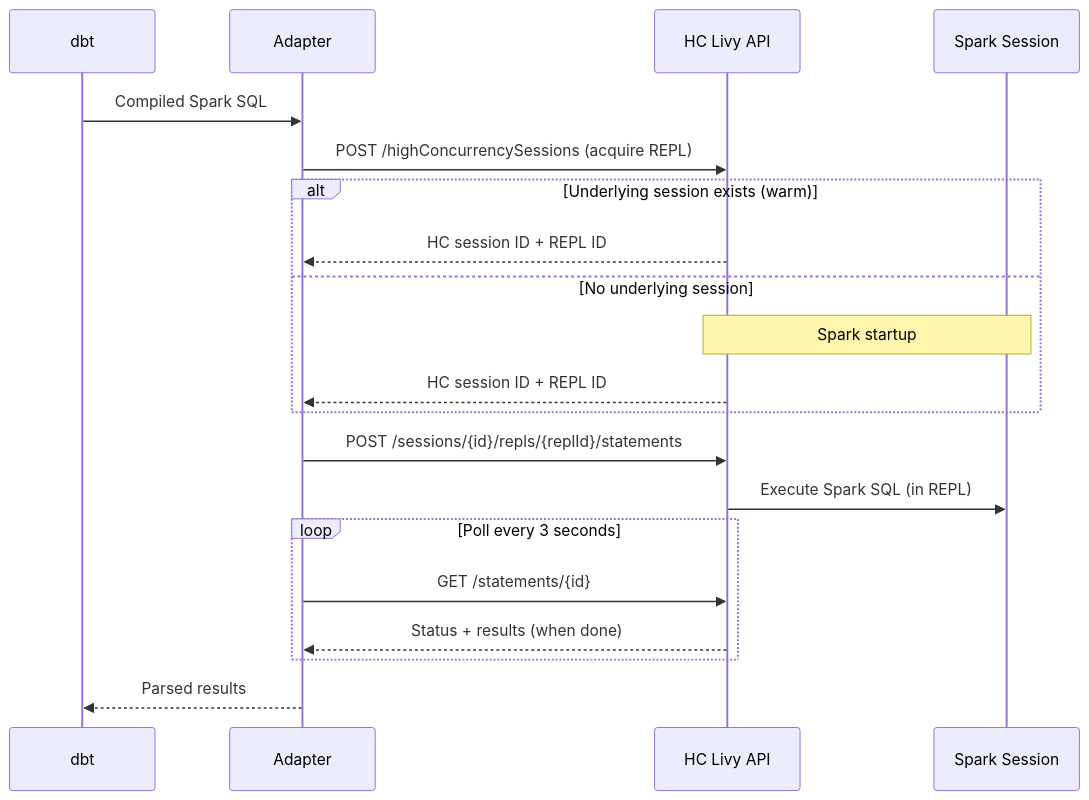
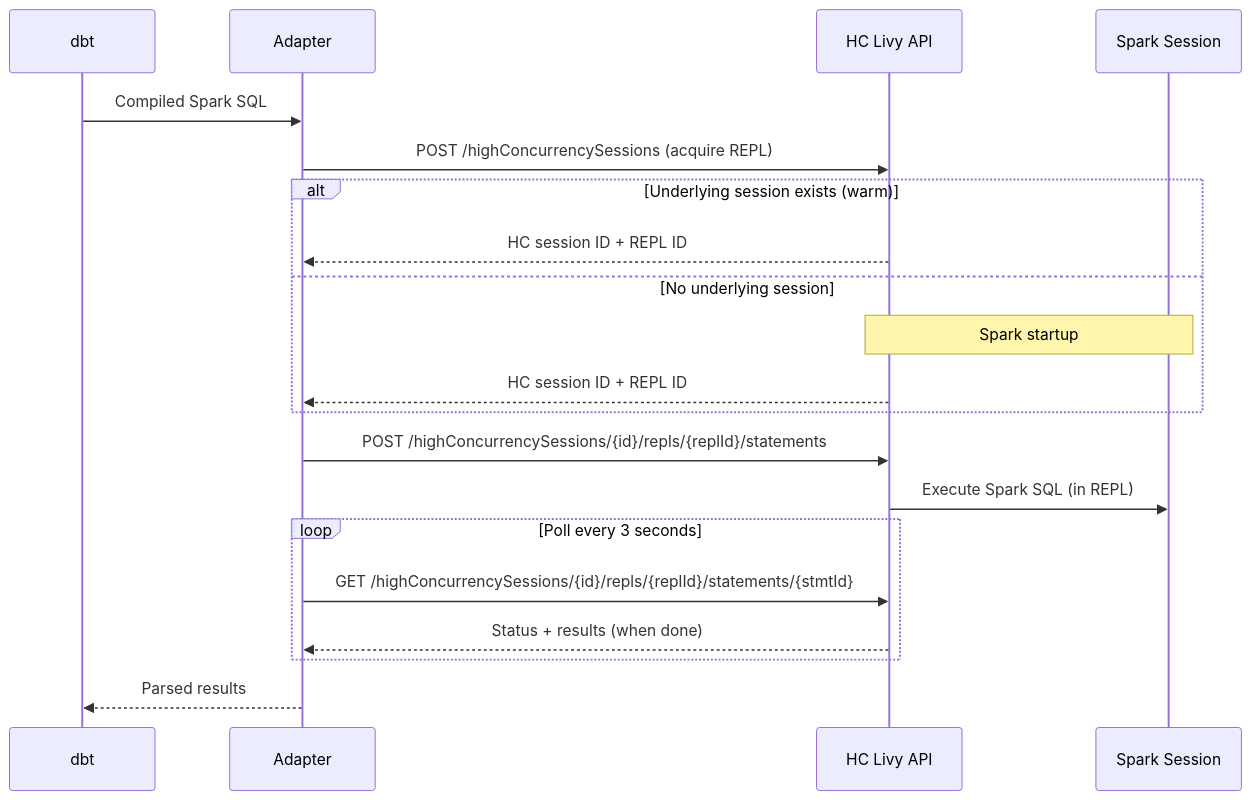
The diagram in docs/lakehouse.md (sdebruyn/dbt-fabric), drawn with Mermaid before and after one commit. The commit also changed 2 other files, not shown here.

Commit message:
Address PR review comments: thread safety, session cleanup, diagram paths
- FabricLivyHelper: use thread-local storage instead of class-level
  singleton so each thread gets its own HC REPL
- HighConcurrencyLivySession: best-effort delete of HC session when
  _poll_until_idle fails or when re-acquiring after staleness
- Mermaid diagram: update API paths to match actual HC endpoints

````diff
--- a/docs/lakehouse.md
+++ b/docs/lakehouse.md
@@ -50,23 +50,23 @@
 ```mermaid
 sequenceDiagram
     participant dbt
     participant Adapter
     participant HC Livy API
     participant Spark Session
 
     dbt->>Adapter: Compiled Spark SQL
     Adapter->>HC Livy API: POST /highConcurrencySessions (acquire REPL)
     alt Underlying session exists (warm)
         HC Livy API-->>Adapter: HC session ID + REPL ID
     else No underlying session
         Note over HC Livy API,Spark Session: Spark startup
         HC Livy API-->>Adapter: HC session ID + REPL ID
     end
-    Adapter->>HC Livy API: POST /sessions/{id}/repls/{replId}/statements
+    Adapter->>HC Livy API: POST /highConcurrencySessions/{id}/repls/{replId}/statements
     HC Livy API->>Spark Session: Execute Spark SQL (in REPL)
     loop Poll every 3 seconds
-        Adapter->>HC Livy API: GET /statements/{id}
+        Adapter->>HC Livy API: GET /highConcurrencySessions/{id}/repls/{replId}/statements/{stmtId}
         HC Livy API-->>Adapter: Status + results (when done)
     end
     Adapter-->>dbt: Parsed results
 ```
````
